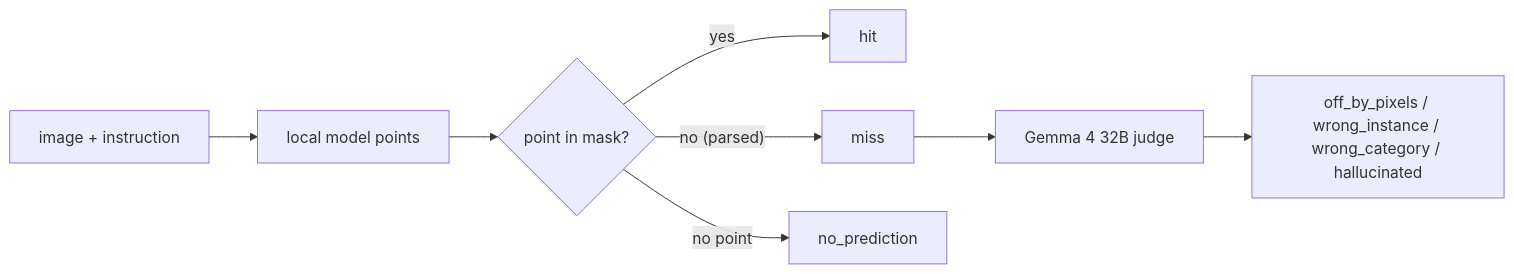
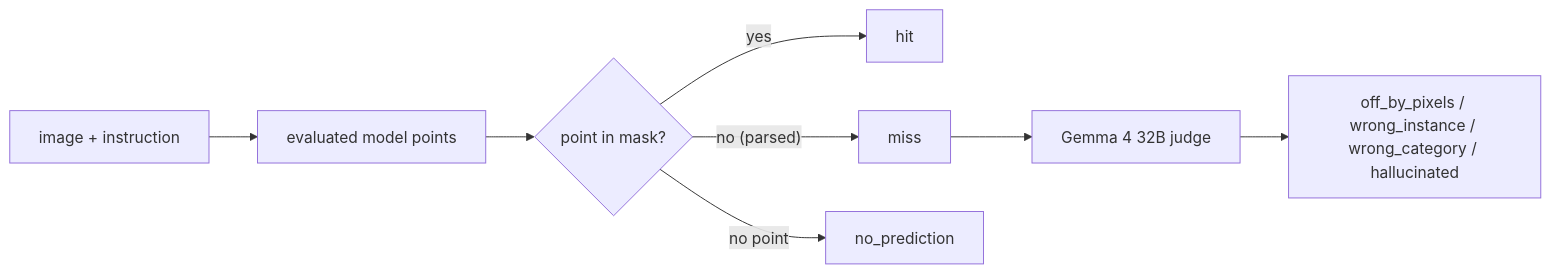
Before and after one commit to codeadeel/codeadeel.github.io: the first of 2 diagrams in content/engineering/pointFailBenchmark.md, drawn with Mermaid. The commit also changed other lines of this file, not shown here.

````diff
--- a/content/engineering/pointFailBenchmark.md
+++ b/content/engineering/pointFailBenchmark.md
@@ -38,10 +50,10 @@
 ```mermaid
 flowchart LR
-    I["image + instruction"] --> M["local model points"]
+    I["image + instruction"] --> M["evaluated model points"]
     M --> C{"point in mask?"}
     C -->|yes| H["hit"]
     C -->|"no (parsed)"| MISS["miss"]
     C -->|"no point"| NP["no_prediction"]
     MISS --> J["Gemma 4 32B judge"]
     J --> B["off_by_pixels / wrong_instance / wrong_category / hallucinated"]
 ```
````
